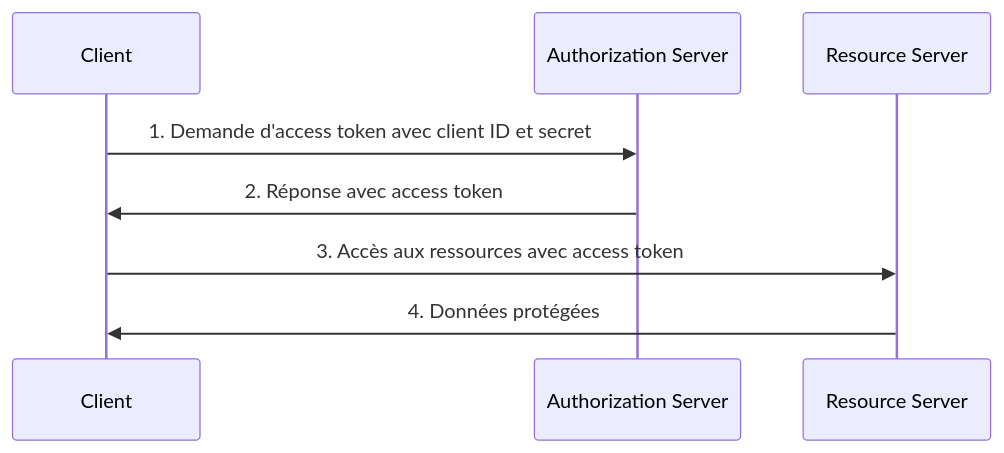
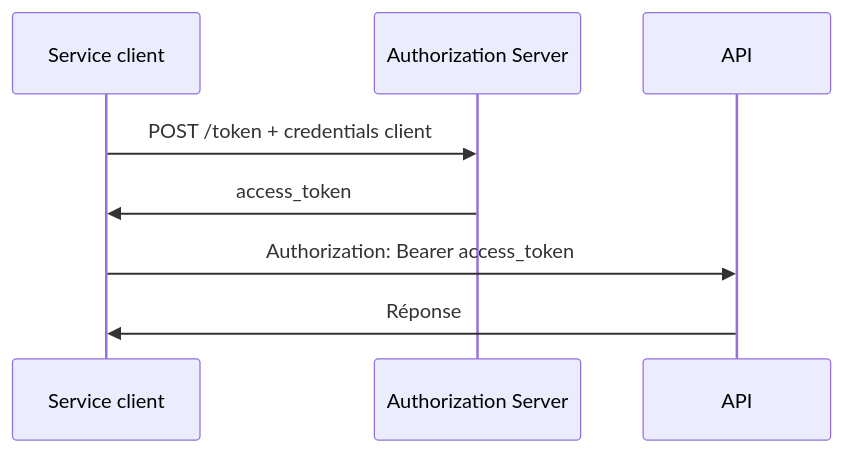
One commit to michaellaunay/NotesPubliques changed the second of 3 diagrams in cours/OAuth OpenID.md. Above: the diagram before and after it, drawn with Mermaid. The commit also changed other lines of this file and 12 other files, not shown here.

````diff
--- a/cours/OAuth OpenID.md
+++ b/cours/OAuth OpenID.md
@@ -170,12 +488,11 @@
 ```mermaid
 sequenceDiagram
-    participant C as Client
-    participant A as Authorization Server
-    participant RS as Resource Server
+    participant C as Service client
+    participant AS as Authorization Server
+    participant RS as API
 
-    C->>A: 1. Demande d'access token avec client ID et secret
-    A->>C: 2. Réponse avec access token
-    C->>RS: 3. Accès aux ressources avec access token
-    RS->>C: 4. Données protégées
-
+    C->>AS: POST /token + credentials client
+    AS->>C: access_token
+    C->>RS: Authorization: Bearer access_token
+    RS->>C: Réponse
 ```
````
